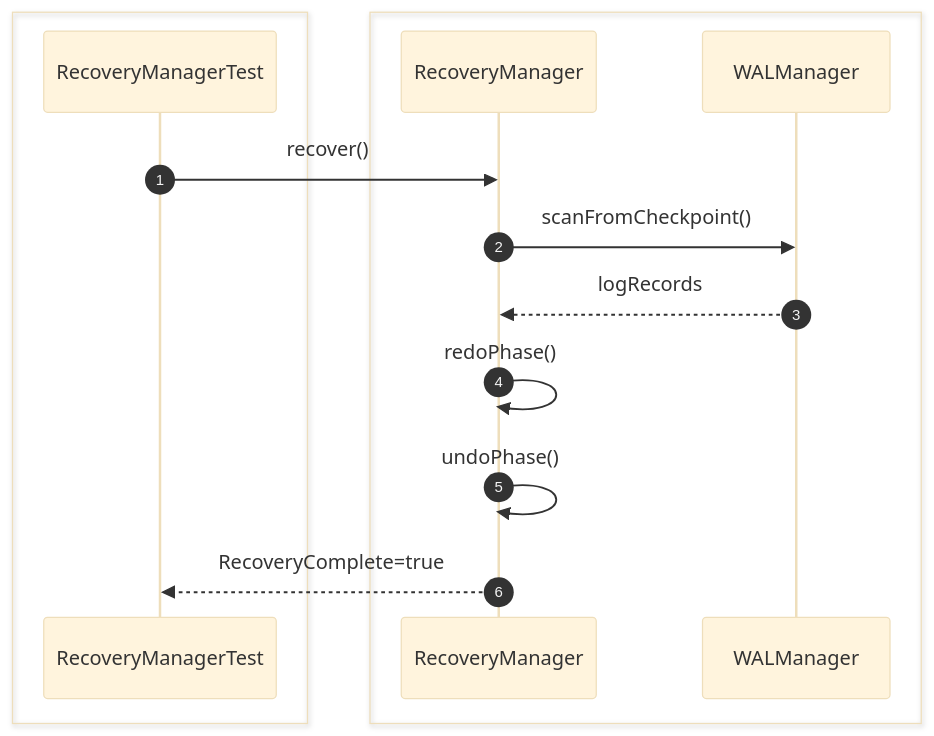
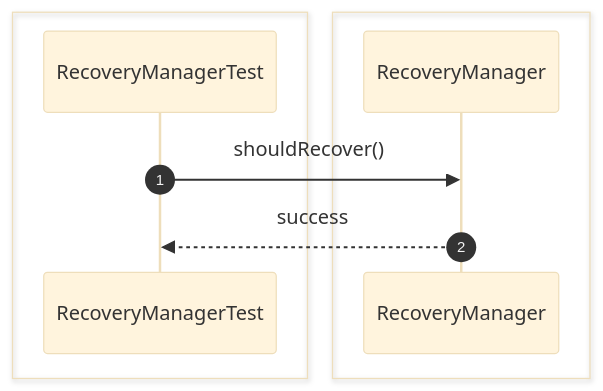
Before and after one commit to Huy1801214/dbms-architecture: diagram 11 of 28 in src/sequence/recovery.md, drawn with Mermaid (base theme). The commit also changed other lines of this file and 68 other files, not shown here.

Commit message:
implement comprehensive unit test suite and architectural sequence documentation

````diff
--- a/src/sequence/recovery.md
+++ b/src/sequence/recovery.md
@@ -183,19 +158,13 @@
 ```mermaid
 sequenceDiagram
     autonumber
-
     box #e1f5fe Test Suite
     participant Test as RecoveryManagerTest
     end
-    box #ffebee Recovery Components
-    participant Recovery as RecoveryManager
-    participant WAL as WALManager
+    box #ffebee RecoveryManager Component
+    participant RM as RecoveryManager
     end
 
-    Test->>Recovery: recover()
-    Recovery->>WAL: scanFromCheckpoint()
-    WAL-->>Recovery: logRecords
-    Recovery->>Recovery: redoPhase()
-    Recovery->>Recovery: undoPhase()
-    Recovery-->>Test: RecoveryComplete=true
+    Test->>RM: shouldRecover()
+    RM-->>Test: success
 ```
````
